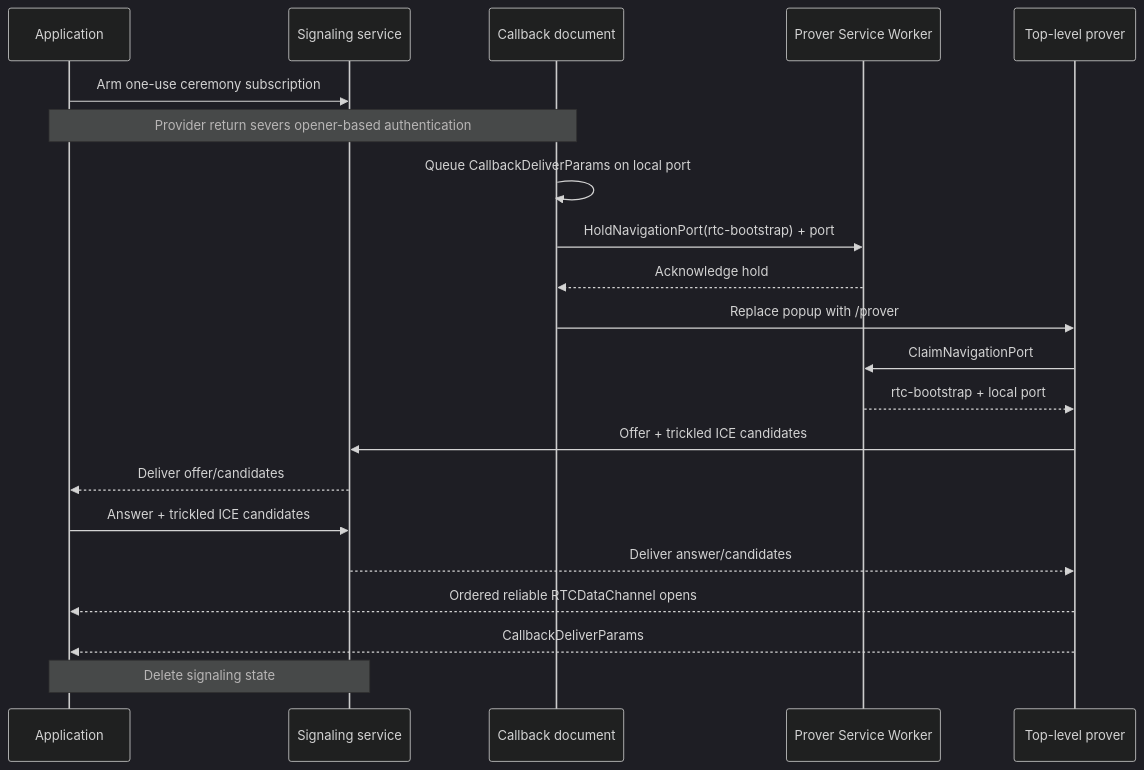
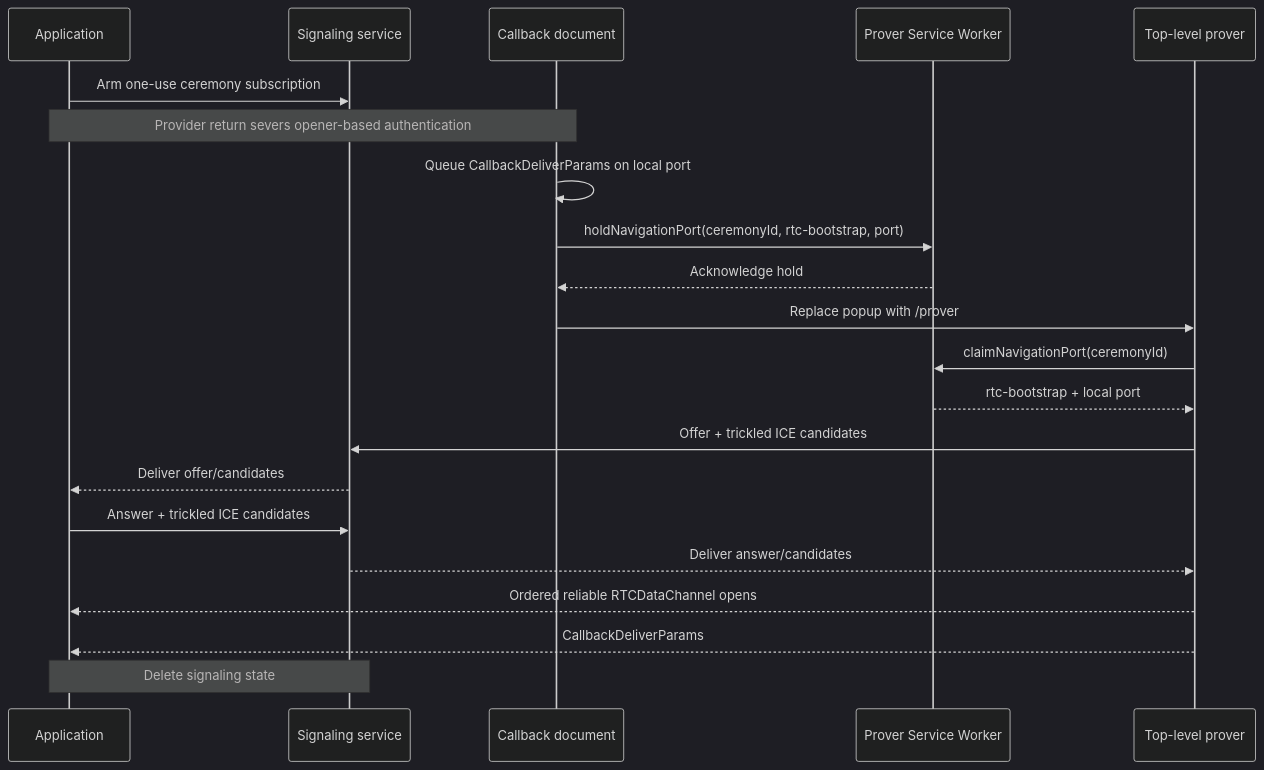
The diagram in ts/packages/ceremony/CCDP-RTC.md (libid-org/libid), drawn with Mermaid (dark theme) before and after one commit. The commit also changed other lines of this file and 7 other files, not shown here.

Commit message:
docs(ceremony): extract navigation handoff

````diff
--- a/ts/packages/ceremony/CCDP-RTC.md
+++ b/ts/packages/ceremony/CCDP-RTC.md
@@ -181,24 +182,24 @@
 ```mermaid
 sequenceDiagram
     participant A as Application
     participant G as Signaling service
     participant C as Callback document
     participant S as Prover Service Worker
     participant P as Top-level prover
 
     A->>G: Arm one-use ceremony subscription
     Note over A,C: Provider return severs opener-based authentication
     C->>C: Queue CallbackDeliverParams on local port
-    C->>S: HoldNavigationPort(rtc-bootstrap) + port
+    C->>S: holdNavigationPort(ceremonyId, rtc-bootstrap, port)
     S-->>C: Acknowledge hold
     C->>P: Replace popup with /prover#ceremonyId
-    P->>S: ClaimNavigationPort
+    P->>S: claimNavigationPort(ceremonyId)
     S-->>P: rtc-bootstrap + local port
     P->>G: Offer + trickled ICE candidates
     G-->>A: Deliver offer/candidates
     A->>G: Answer + trickled ICE candidates
     G-->>P: Deliver answer/candidates
     P-->>A: Ordered reliable RTCDataChannel opens
     P-->>A: CallbackDeliverParams
     Note over A,G: Delete signaling state
 ```
````
